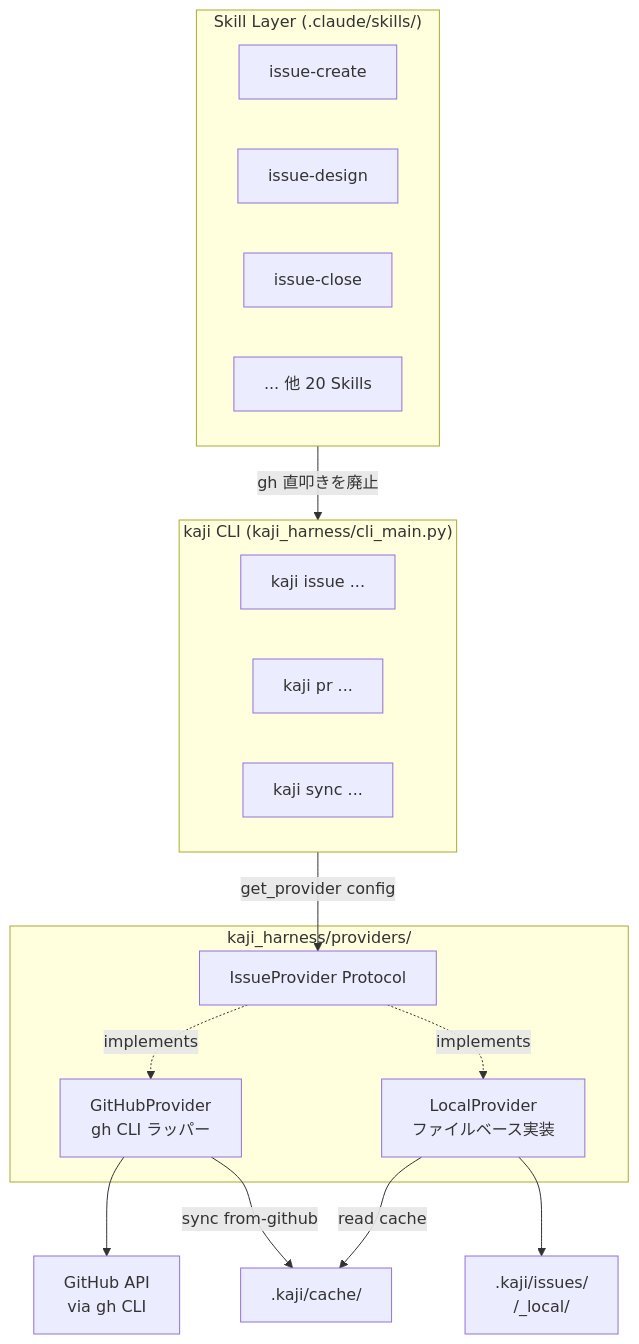
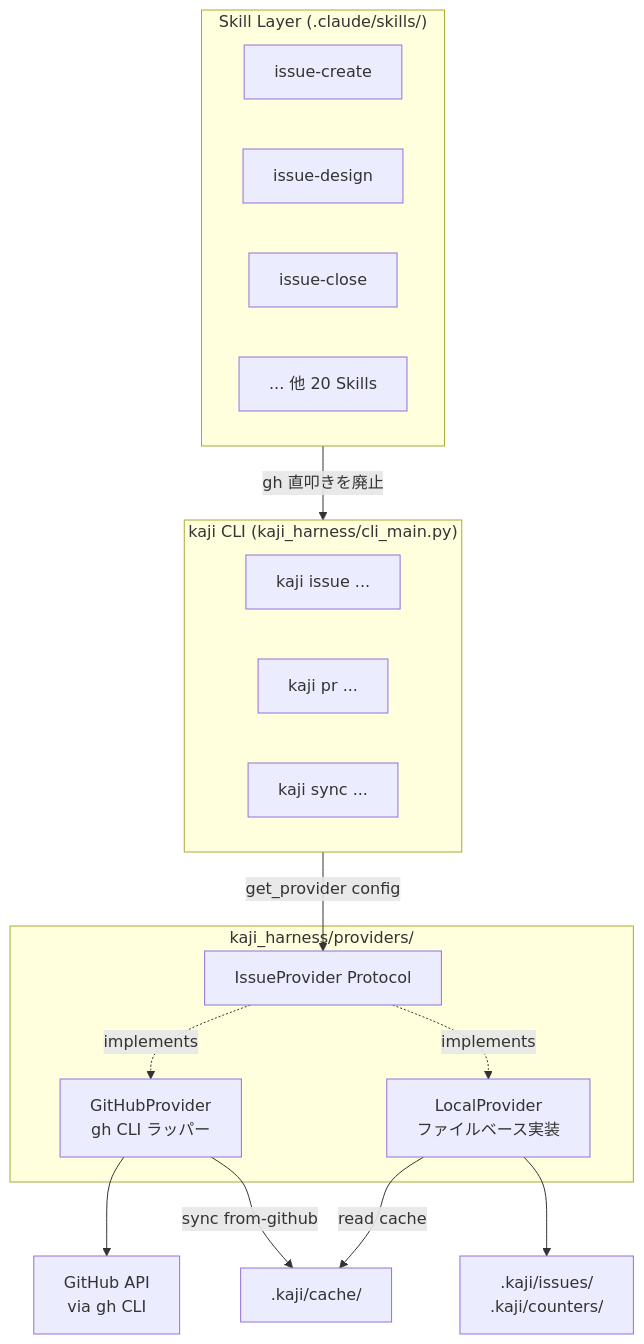
The first of 4 diagrams in draft/design/local-mode/design.md (apokamo/kaji), drawn with Mermaid before and after one commit. The commit also changed other lines of this file and 5 other files, not shown here.

````diff
--- a/draft/design/local-mode/design.md
+++ b/draft/design/local-mode/design.md
@@ -555,31 +567,31 @@
 ```mermaid
 flowchart TB
     subgraph SkillLayer["Skill Layer (.claude/skills/)"]
         S1[issue-create]
         S2[issue-design]
         S3[issue-close]
         Sn[... 他 20 Skills]
     end
     subgraph CLI["kaji CLI (kaji_harness/cli_main.py)"]
         IC[kaji issue ...]
         PC[kaji pr ...]
         SC[kaji sync ...]
     end
     subgraph Providers["kaji_harness/providers/"]
         Base[IssueProvider Protocol]
         GH[GitHubProvider\ngh CLI ラッパー]
         LO[LocalProvider\nファイルベース実装]
     end
-    Storage1[".kaji/issues/\n<artifacts_dir>/_local/"]
+    Storage1[".kaji/issues/\n.kaji/counters/"]
     Storage2[".kaji/cache/"]
     GHAPI[GitHub API\nvia gh CLI]
 
     SkillLayer -->|gh 直叩きを廃止| CLI
     CLI -->|get_provider config| Base
     Base -.->|implements| GH
     Base -.->|implements| LO
     GH --> GHAPI
     GH -->|sync from-github| Storage2
     LO --> Storage1
     LO -->|read cache| Storage2
 ```
````
